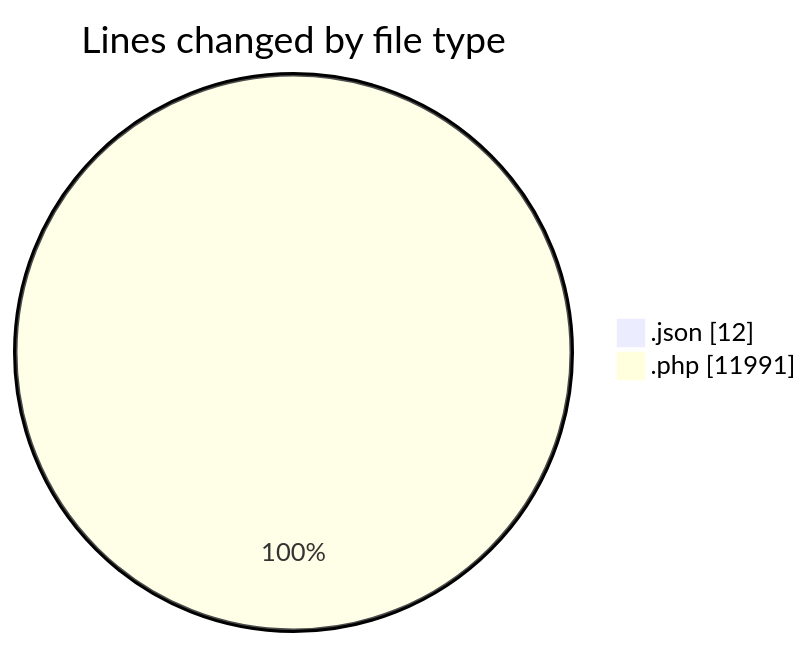
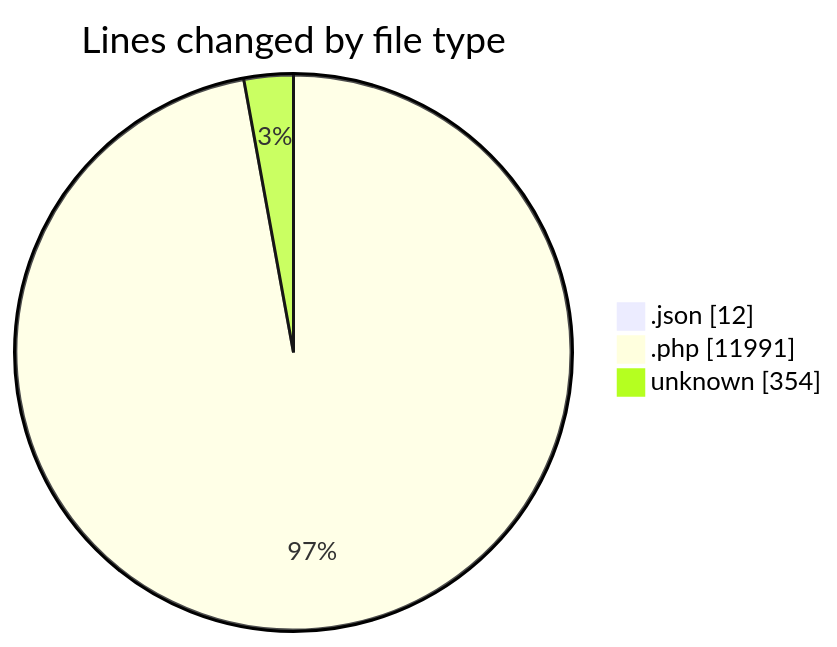
Before and after one commit to vahidmafi/code-tracking: the first of 2 diagrams in 2025-01-24/zeytoon/README.md, drawn with Mermaid. The commit also changed other lines of this file and 1 other file, not shown here.

````diff
--- a/2025-01-24/zeytoon/README.md
+++ b/2025-01-24/zeytoon/README.md
@@ -40,6 +41,7 @@
 ```mermaid
 pie showData
 title Lines changed by file type
 ".json" : 12
 ".php" : 11991
+"unknown" : 354
 ```
````
